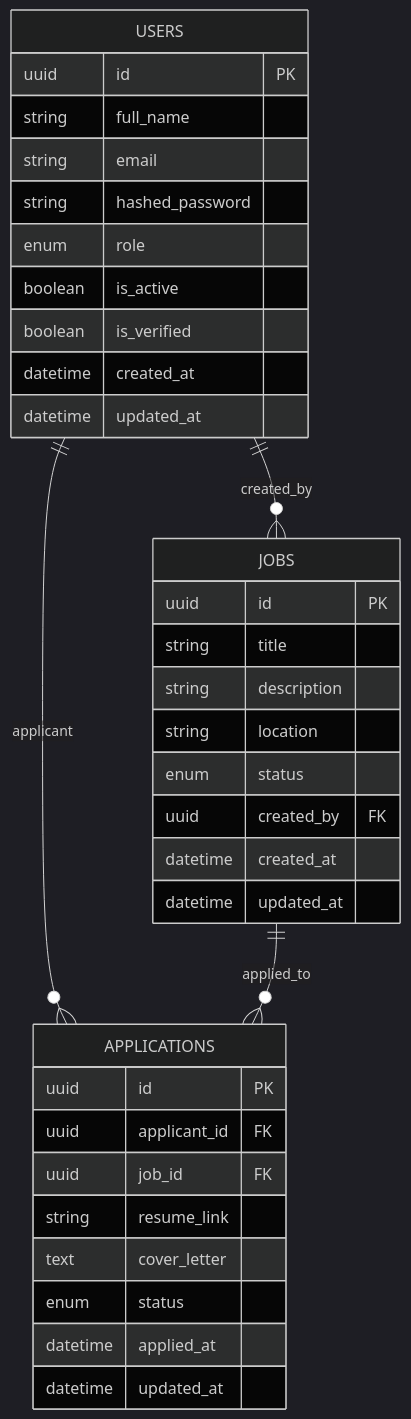
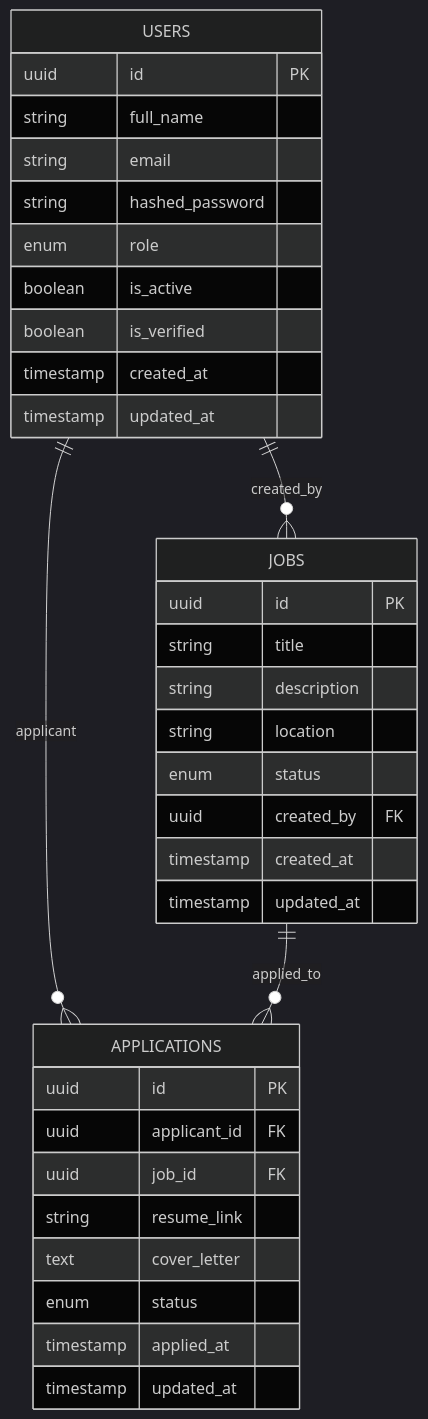
One commit to sefineh-ai/backedn changed the third of 4 diagrams in README.md. Above: the diagram before and after it, drawn with Mermaid (dark theme). The commit also changed other lines of this file, not shown here.

````diff
--- a/README.md
+++ b/README.md
@@ -52,40 +52,40 @@
 ```mermaid
 erDiagram
   USERS ||--o{ JOBS : "created_by"
   USERS ||--o{ APPLICATIONS : "applicant"
   JOBS ||--o{ APPLICATIONS : "applied_to"
 
   USERS {
     uuid id PK
     string full_name
     string email
     string hashed_password
     enum role
     boolean is_active
     boolean is_verified
-    datetime created_at
-    datetime updated_at
+    timestamp created_at
+    timestamp updated_at
   }
 
   JOBS {
     uuid id PK
     string title
     string description
     string location
     enum status
     uuid created_by FK
-    datetime created_at
-    datetime updated_at
+    timestamp created_at
+    timestamp updated_at
   }
 
   APPLICATIONS {
     uuid id PK
     uuid applicant_id FK
     uuid job_id FK
     string resume_link
     text cover_letter
     enum status
-    datetime applied_at
-    datetime updated_at
+    timestamp applied_at
+    timestamp updated_at
   }
 ```
````
